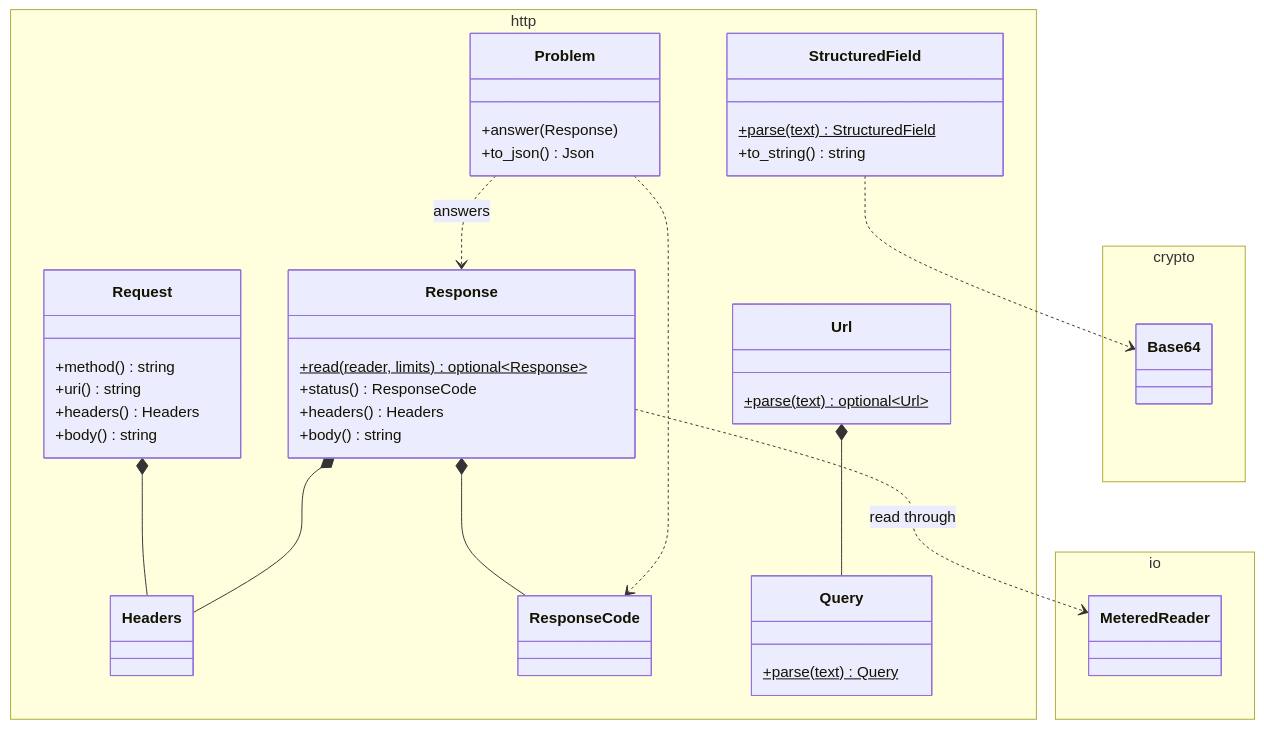
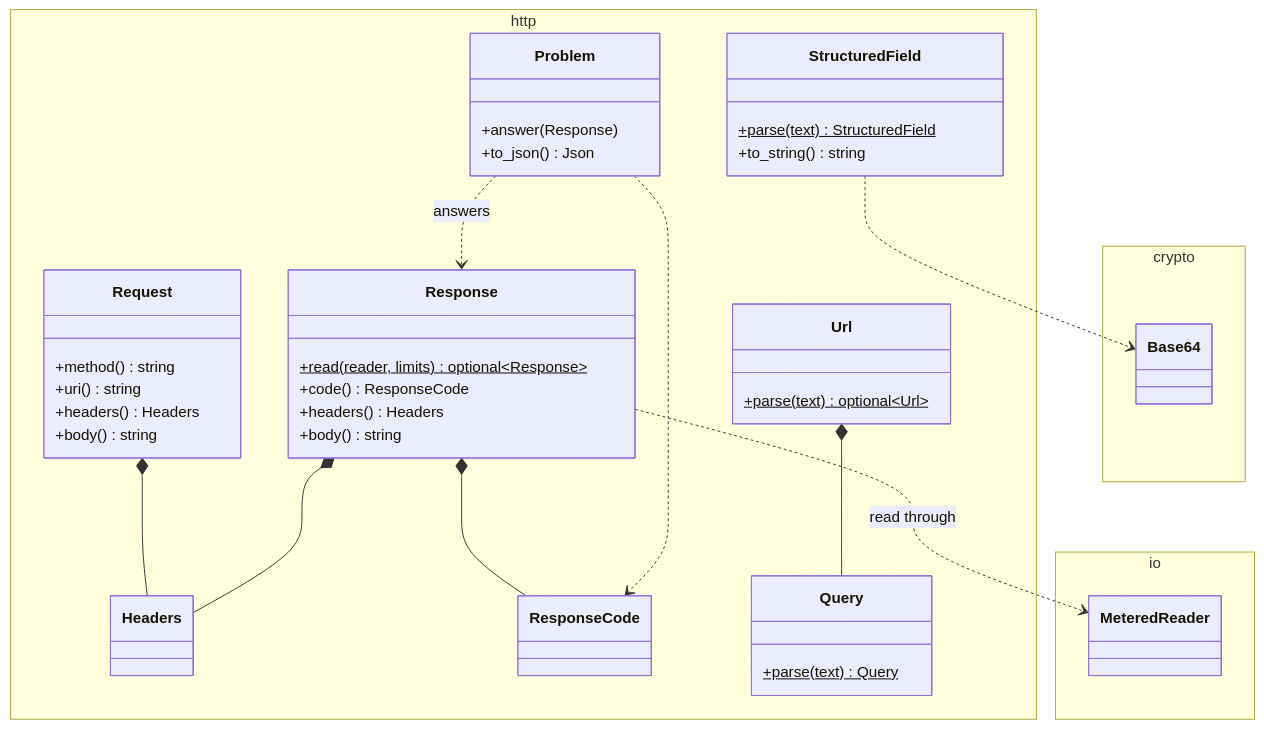
Before and after one commit to marcpage/libranet: diagram 14 of 17 in cpp/docs/Overview.md, drawn with Mermaid. The commit also changed other lines of this file and 2 other files, not shown here.

First line of the commit message:
Sync the C++ docs with the code (#894) (#966)

````diff
--- a/cpp/docs/Overview.md
+++ b/cpp/docs/Overview.md
@@ -1074,49 +1133,49 @@
 ```mermaid
 classDiagram
     direction TB
     namespace http {
         class Request {
             +method() string
             +uri() string
             +headers() Headers
             +body() string
         }
         class Response {
             +read(reader, limits)$ optional~Response~
-            +status() ResponseCode
+            +code() ResponseCode
             +headers() Headers
             +body() string
         }
         class Headers
         class ResponseCode
         class Url {
             +parse(text)$ optional~Url~
         }
         class Query {
             +parse(text)$ Query
         }
         class Problem {
             +answer(Response)
             +to_json() Json
         }
         class StructuredField {
             +parse(text)$ StructuredField
             +to_string() string
         }
     }
     namespace io {
         class MeteredReader
     }
     namespace crypto {
         class Base64
     }
 
     Request *-- Headers
     Response *-- Headers
     Response *-- ResponseCode
     Response ..> MeteredReader : read through
     Url *-- Query
     Problem ..> Response : answers
     Problem ..> ResponseCode
     StructuredField ..> Base64
 ```
````
